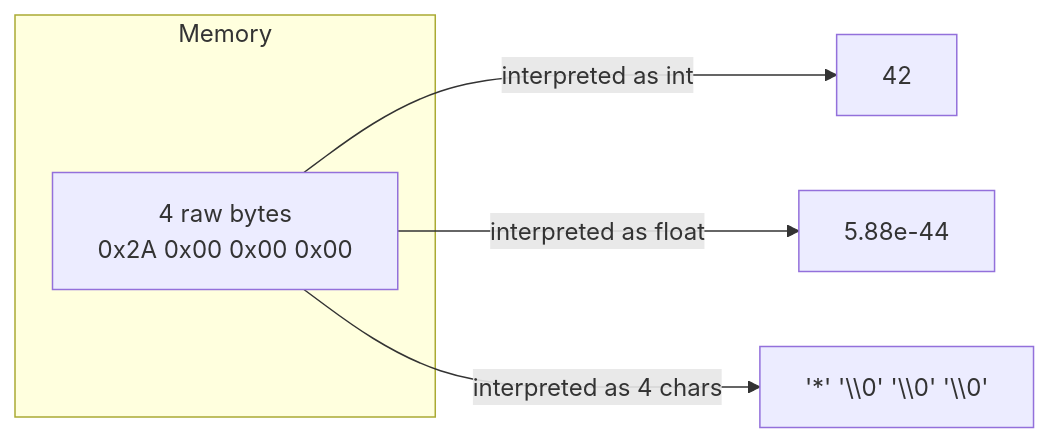
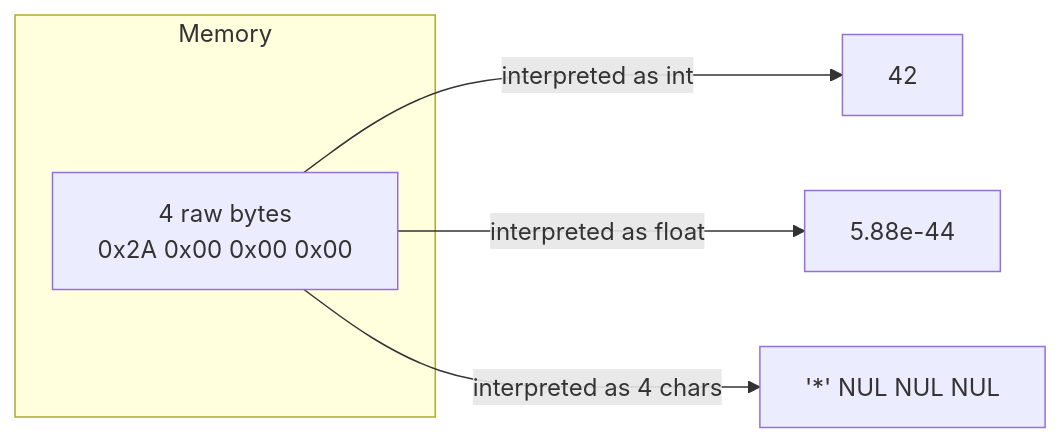
The second of 4 diagrams in content/learn/from-zero-to-cpp/variables-and-memory.mdx (dataslope/dataslope), drawn with Mermaid before and after one commit. The commit also changed other lines of this file, not shown here.

First line of the commit message:
Fix Mermaid syntax errors on variables-and-memory page

````diff
--- a/content/learn/from-zero-to-cpp/variables-and-memory.mdx
+++ b/content/learn/from-zero-to-cpp/variables-and-memory.mdx
@@ -91,9 +91,9 @@
 ```mermaid
 flowchart LR
     subgraph Memory
-        B[4 raw bytes<br/>0x2A 0x00 0x00 0x00]
+        B["4 raw bytes<br/>0x2A 0x00 0x00 0x00"]
     end
     B -->|interpreted as int| I[42]
     B -->|interpreted as float| F[5.88e-44]
-    B -->|interpreted as 4 chars| C['*' '\\0' '\\0' '\\0']
+    B -->|interpreted as 4 chars| C["'*' NUL NUL NUL"]
 ```
````
